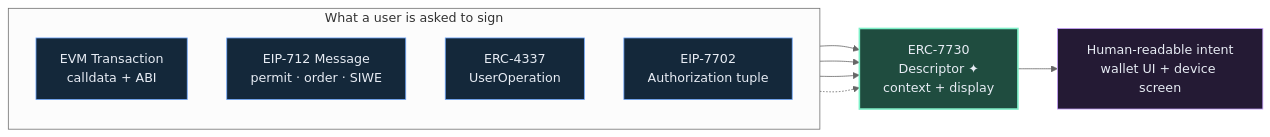
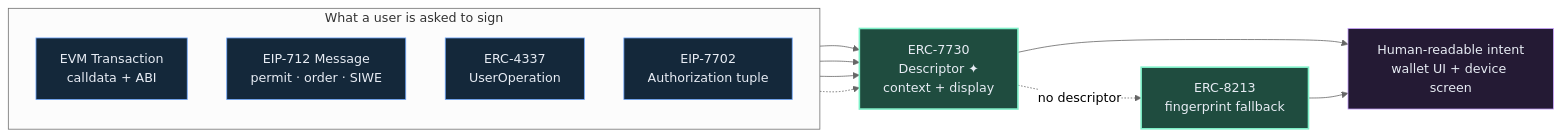
The third of 3 diagrams in README.md (Dansgit2b/awesome-clear-signing), drawn with Mermaid (neutral theme) before and after one commit. The commit also changed other lines of this file and 1 other file, not shown here.

````diff
--- a/README.md
+++ b/README.md
@@ -88,22 +104,24 @@
 ```mermaid
 graph LR
   subgraph SIGNED["What a user is asked to sign"]
     direction TB
     tx["EVM Transaction<br/>calldata + ABI"]
     msg["EIP-712 Message<br/>permit · order · SIWE"]
     uo["ERC-4337<br/>UserOperation"]
     auth["EIP-7702<br/>Authorization tuple"]
   end
   tx --> D
   msg --> D
   uo --> D
   auth -.-> D
   D["ERC-7730<br/>Descriptor ✦<br/>context + display"] --> OUT["Human-readable intent<br/>wallet UI + device screen"]
+  D -.->|"no descriptor"| FB["ERC-8213<br/>fingerprint fallback"]
+  FB --> OUT
 
   classDef inp fill:#14283a,stroke:#6ea8ff,color:#e7ecf4;
   classDef cs fill:#1f4c3f,stroke:#7ef0c8,color:#e7ecf4,stroke-width:2px;
   classDef out fill:#241a34,stroke:#c9a2ff,color:#e7ecf4;
   class tx,msg,uo,auth inp;
-  class D cs;
+  class D,FB cs;
   class OUT out;
 ```
````
